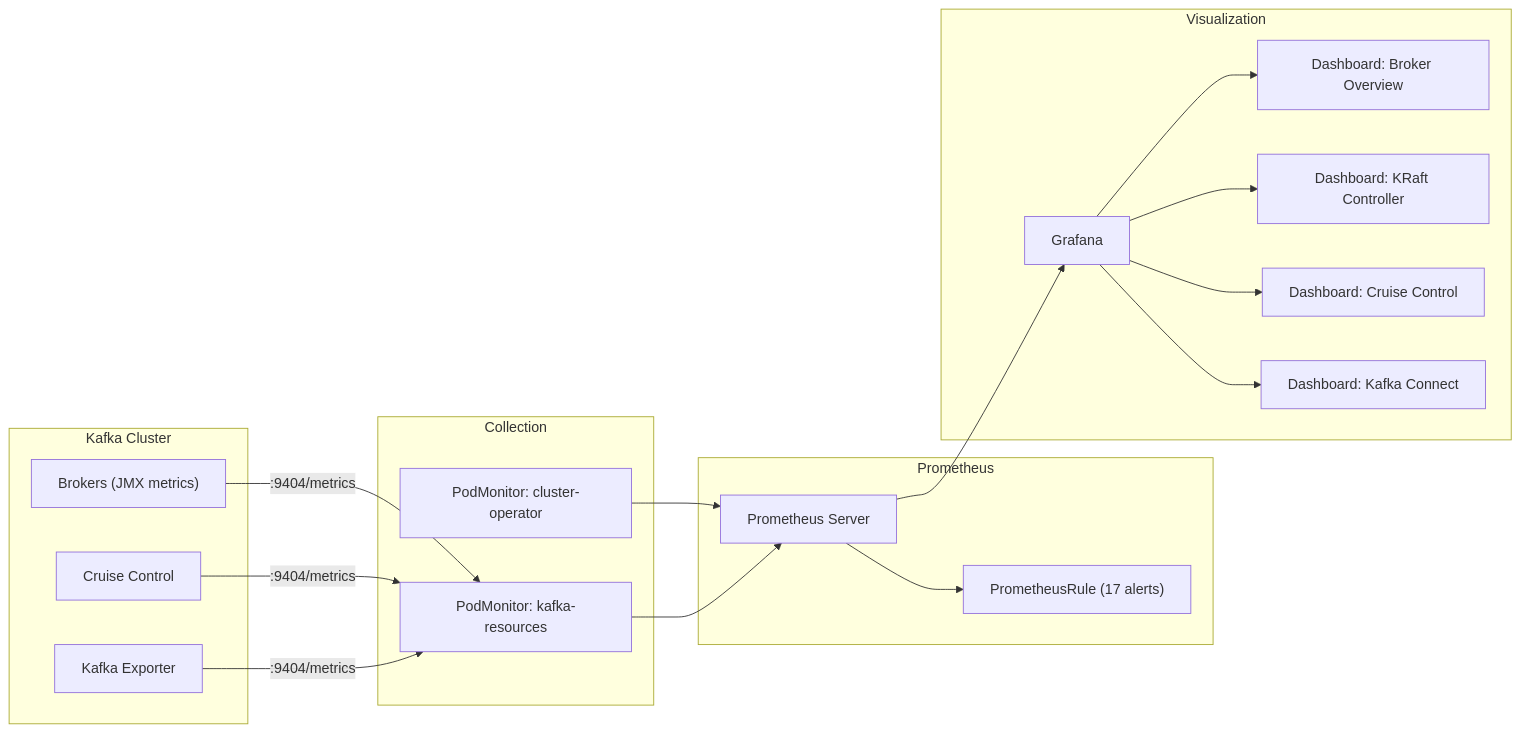
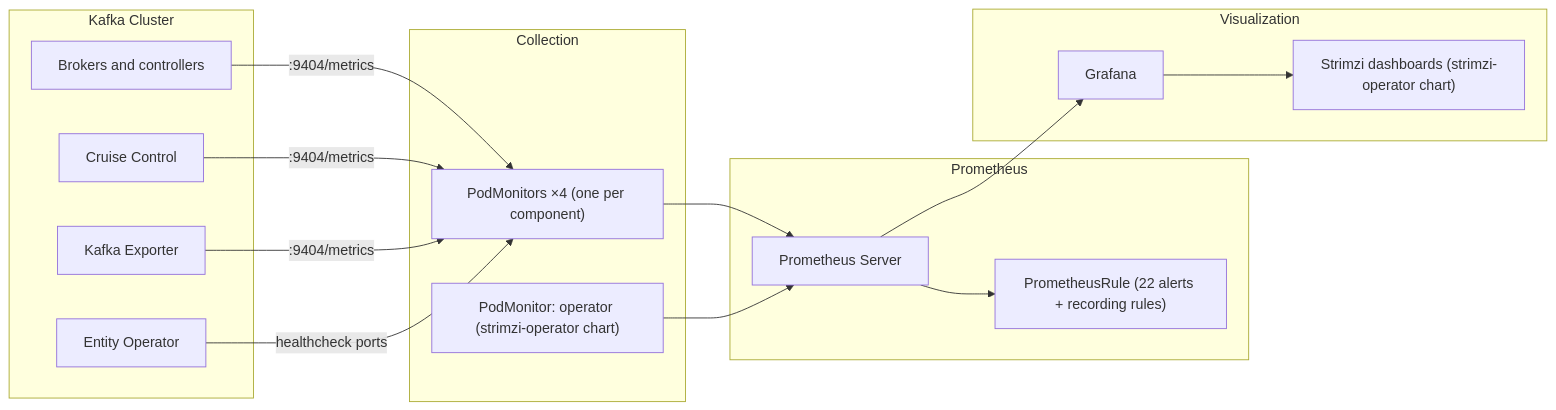
The fourth of 5 diagrams in docs/book/20-installation-guide.md (actions-marketplace-validations/bmscomp_kates), drawn with Mermaid before and after one commit. The commit also changed other lines of this file and 284 other files, not shown here.

````diff
--- a/docs/book/20-installation-guide.md
+++ b/docs/book/20-installation-guide.md
@@ -1026,35 +1259,31 @@
 ```mermaid
 graph LR
     subgraph "Kafka Cluster"
-        B["Brokers (JMX metrics)"]
+        B["Brokers and controllers"]
         CC["Cruise Control"]
         KE["Kafka Exporter"]
+        EO["Entity Operator"]
     end
     subgraph "Collection"
-        PM1["PodMonitor: cluster-operator"]
-        PM2["PodMonitor: kafka-resources"]
+        PM["PodMonitors ×4 (one per component)"]
+        PO["PodMonitor: operator (strimzi-operator chart)"]
     end
     subgraph "Prometheus"
         P["Prometheus Server"]
-        PR["PrometheusRule (17 alerts)"]
+        PR["PrometheusRule (22 alerts + recording rules)"]
     end
     subgraph "Visualization"
         G["Grafana"]
-        D1["Dashboard: Broker Overview"]
-        D2["Dashboard: KRaft Controller"]
-        D3["Dashboard: Cruise Control"]
-        D4["Dashboard: Kafka Connect"]
+        D["Strimzi dashboards (strimzi-operator chart)"]
     end
 
-    B -->|":9404/metrics"| PM2
-    CC -->|":9404/metrics"| PM2
-    KE -->|":9404/metrics"| PM2
-    PM1 --> P
-    PM2 --> P
+    B -->|":9404/metrics"| PM
+    CC -->|":9404/metrics"| PM
+    KE -->|":9404/metrics"| PM
+    EO -->|"healthcheck ports"| PM
+    PM --> P
+    PO --> P
     P --> PR
     P --> G
-    G --> D1
-    G --> D2
-    G --> D3
-    G --> D4
+    G --> D
 ```
````
